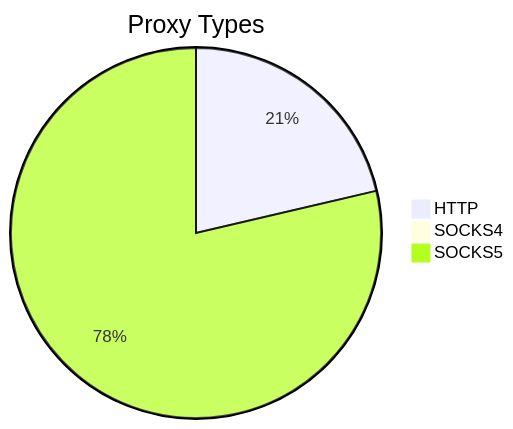
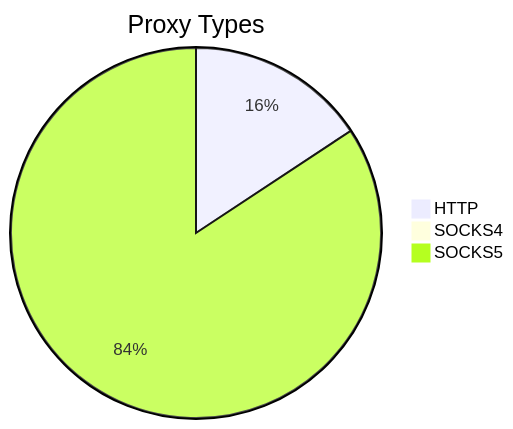
The first of 2 diagrams in README.md (stormsia/proxy-list), drawn with Mermaid before and after one commit. The commit also changed other lines of this file, not shown here.

````diff
--- a/README.md
+++ b/README.md
@@ -21,6 +21,6 @@
 ```mermaid
 pie title Proxy Types
-    "HTTP" : 1118
-    "SOCKS4" : 29
-    "SOCKS5" : 4120
+    "HTTP" : 877
+    "SOCKS4" : 35
+    "SOCKS5" : 4705
 ```
````
